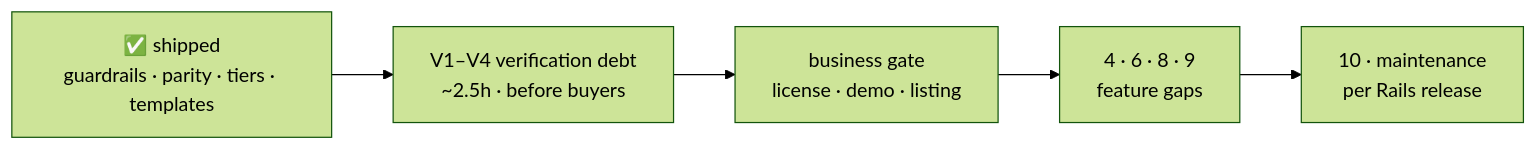
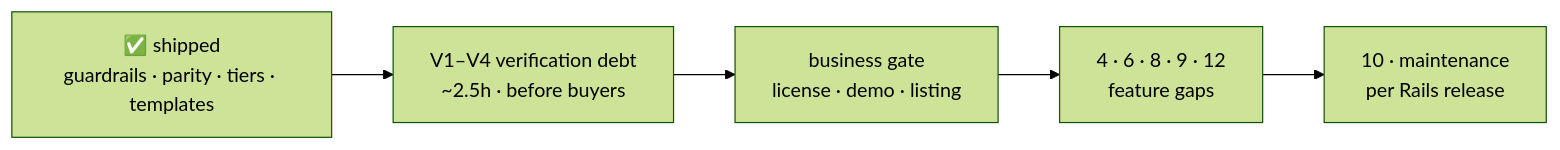
The third of 3 diagrams in docs/inventory.md (PositiveControl/rails-rocket-sheep), drawn with Mermaid (forest theme) before and after one commit. The commit also changed other lines of this file and 25 other files, not shown here.

````diff
--- a/docs/inventory.md
+++ b/docs/inventory.md
@@ -247,7 +255,7 @@
 ```mermaid
 flowchart LR
   DONE["✅ shipped<br/>guardrails · parity · tiers · templates"] --> V["V1–V4 verification debt<br/>~2.5h · before buyers"]
   V --> BIZ["business gate<br/>license · demo · listing"]
-  BIZ --> T4["4 · 6 · 8 · 9<br/>feature gaps"]
+  BIZ --> T4["4 · 6 · 8 · 9 · 12<br/>feature gaps"]
   T4 --> M["10 · maintenance<br/>per Rails release"]
 ```
````
